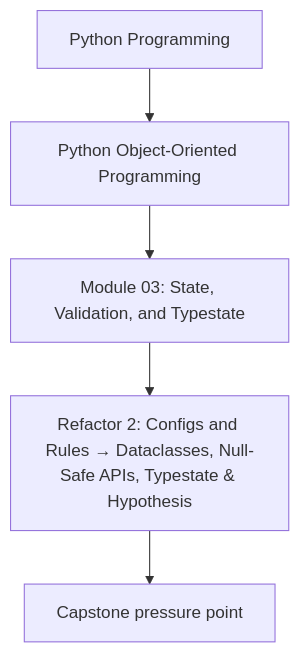
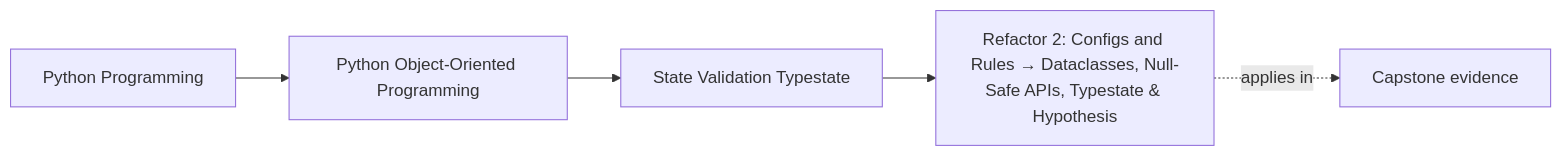
One commit to bijux/bijux-masterclass changed the first of 2 diagrams in programs/python-programming/python-object-oriented-programming/course-book/module-03-state-validation-typestate/refactor-dataclasses-null-safety-and-typestate.md. Above: the diagram before and after it, drawn with Mermaid. The commit also changed other lines of this file and 65 other files, not shown here.

Commit message:
docs(python-object-oriented-programming): map object model and design foundations

````diff
--- a/programs/python-programming/python-object-oriented-programming/course-book/module-03-state-validation-typestate/refactor-dataclasses-null-safety-and-typestate.md
+++ b/programs/python-programming/python-object-oriented-programming/course-book/module-03-state-validation-typestate/refactor-dataclasses-null-safety-and-typestate.md
@@ -7,7 +7,11 @@
 ```mermaid
-flowchart TD
-  family["Python Programming"] --> program["Python Object-Oriented Programming"]
-  program --> module["Module 03: State, Validation, and Typestate"]
-  module --> concept["Refactor 2: Configs and Rules → Dataclasses, Null-Safe APIs, Typestate & Hypothesis"]
-  concept --> capstone["Capstone pressure point"]
+graph LR
+  family["Python Programming"]
+  program["Python Object-Oriented Programming"]
+  section["State Validation Typestate"]
+  page["Refactor 2: Configs and Rules → Dataclasses, Null-Safe APIs, Typestate & Hypothesis"]
+  capstone["Capstone evidence"]
+
+  family --> program --> section --> page
+  page -.applies in.-> capstone
 ```
````
